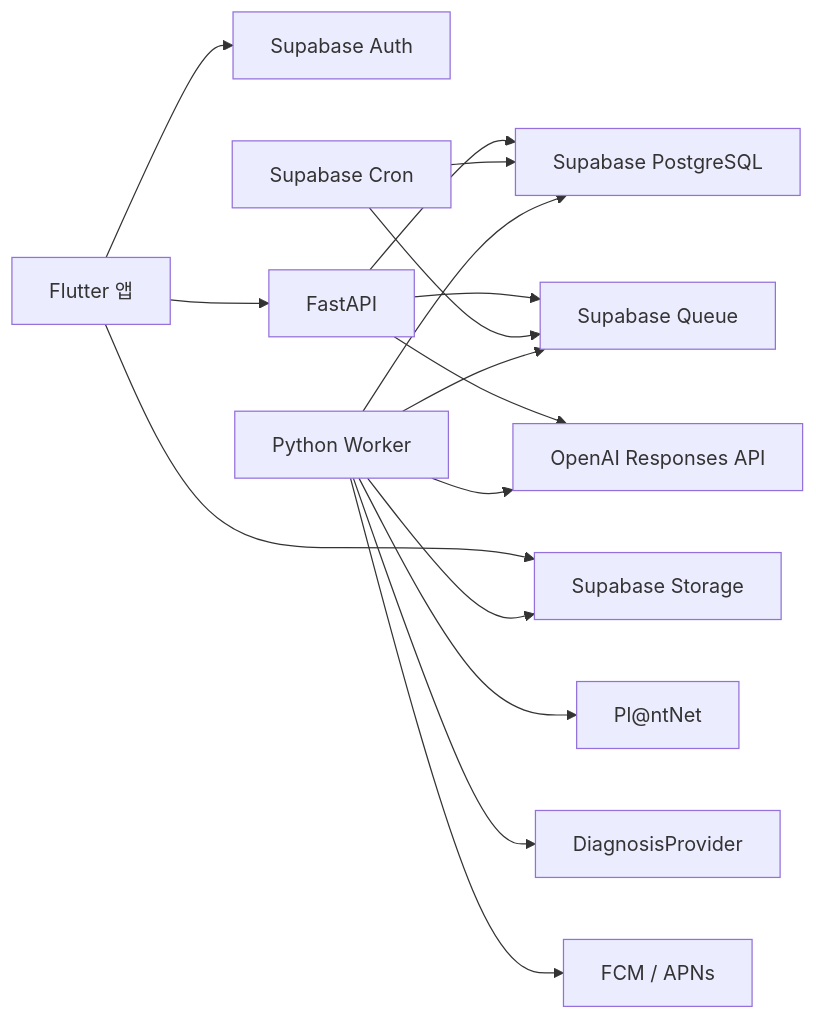
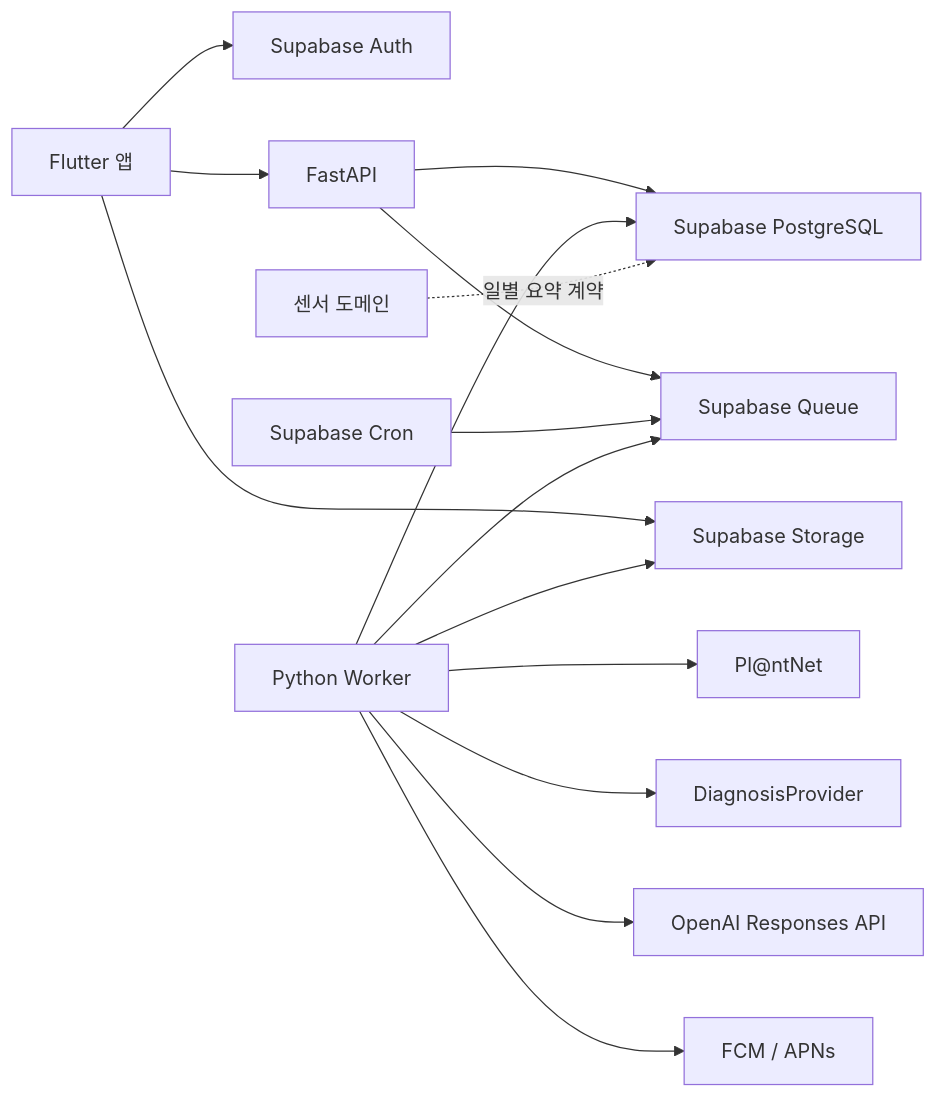
Before and after one commit to YuEngMe/Leafie: the diagram in docs/architecture.md, drawn with Mermaid. The commit also changed other lines of this file and 11 other files, not shown here.

````diff
--- a/docs/architecture.md
+++ b/docs/architecture.md
@@ -16,18 +15,17 @@
 ```mermaid
 flowchart LR
     APP["Flutter 앱"] --> AUTH["Supabase Auth"]
     APP --> API["FastAPI"]
     APP --> STORAGE["Supabase Storage"]
     API --> DB["Supabase PostgreSQL"]
     API --> QUEUE["Supabase Queue"]
-    CRON["Supabase Cron"] --> DB
-    CRON --> QUEUE
+    CRON["Supabase Cron"] --> QUEUE
     WORKER["Python Worker"] --> QUEUE
     WORKER --> DB
     WORKER --> STORAGE
     WORKER --> PLANTNET["Pl@ntNet"]
     WORKER --> HEALTH["DiagnosisProvider"]
-    API --> OPENAI["OpenAI Responses API"]
-    WORKER --> OPENAI
+    WORKER --> OPENAI["OpenAI Responses API"]
     WORKER --> PUSH["FCM / APNs"]
+    SENSOR["센서 도메인"] -. "일별 요약 계약" .-> DB
 ```
````
